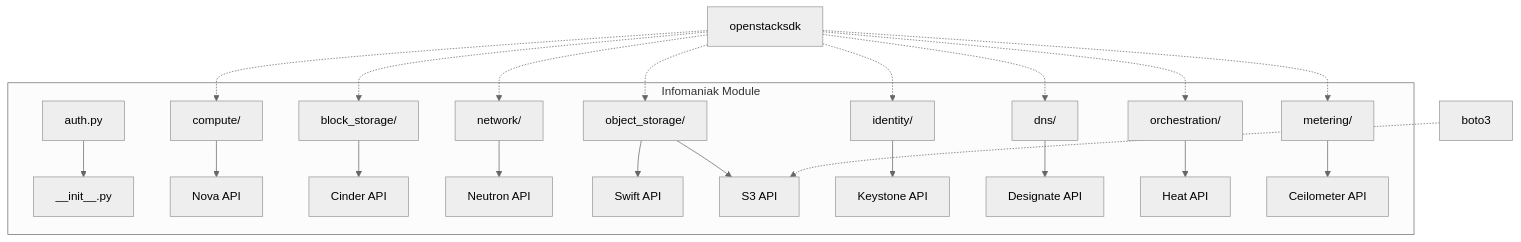
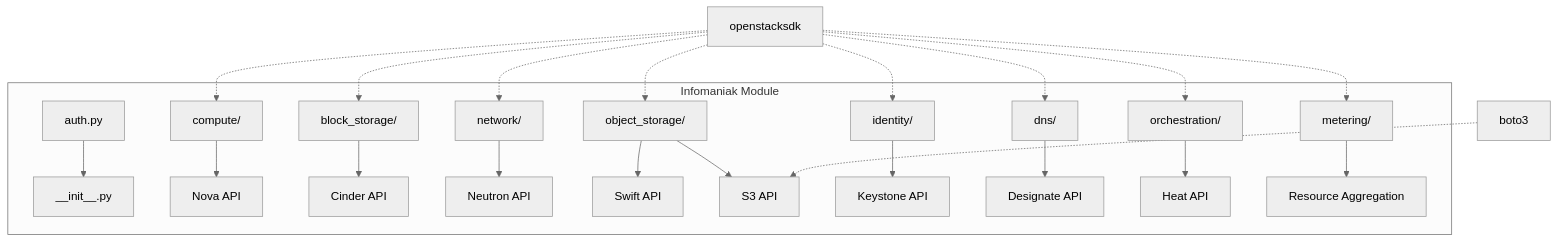
Before and after one commit to docxology/codomyrmex: the diagram in src/codomyrmex/cloud/infomaniak/SPEC.md, drawn with Mermaid (neutral theme). The commit also changed other lines of this file and 491 other files, not shown here.

````diff
--- a/src/codomyrmex/cloud/infomaniak/SPEC.md
+++ b/src/codomyrmex/cloud/infomaniak/SPEC.md
@@ -30,21 +36,21 @@
 ```mermaid
 graph TD
     subgraph "Infomaniak Module"
         Init[__init__.py]
         Auth[auth.py]
         
         Compute[compute/] --> Nova[Nova API]
         BlockStorage[block_storage/] --> Cinder[Cinder API]
         Network[network/] --> Neutron[Neutron API]
         ObjStorage[object_storage/] --> Swift[Swift API]
         ObjStorage --> S3[S3 API]
         Identity[identity/] --> Keystone[Keystone API]
         DNS[dns/] --> Designate[Designate API]
         Orch[orchestration/] --> Heat[Heat API]
-        Meter[metering/] --> Ceilometer[Ceilometer API]
+        Meter[metering/] --> Aggregation[Resource Aggregation]
     end
     
     Auth --> Init
     openstack[openstacksdk] -.-> Compute & BlockStorage & Network & ObjStorage & Identity & DNS & Orch & Meter
     boto3[boto3] -.-> S3
 ```
````
